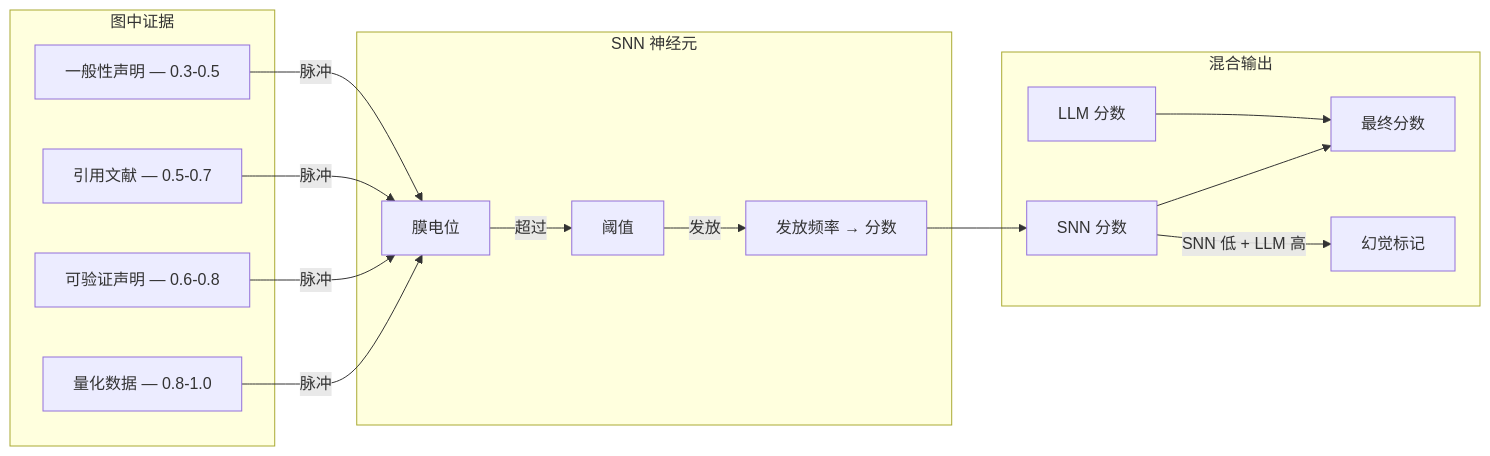
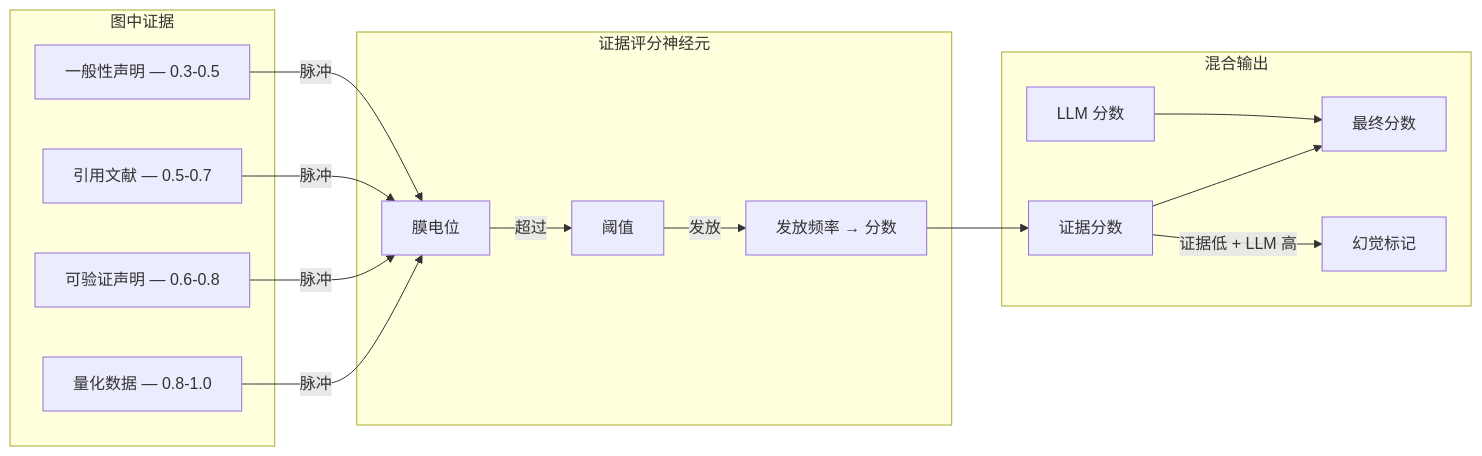
The third of 4 diagrams in README-CN.md (fabio-rovai/brain-in-the-fish), drawn with Mermaid before and after one commit. The commit also changed other lines of this file and 3 other files, not shown here.

````diff
--- a/README-CN.md
+++ b/README-CN.md
@@ -189,28 +191,28 @@
 ```mermaid
 graph LR
     subgraph "图中证据"
         QD[量化数据 — 0.8-1.0]
         VC[可验证声明 — 0.6-0.8]
         CI[引用文献 — 0.5-0.7]
         GC[一般性声明 — 0.3-0.5]
     end
 
-    subgraph "SNN 神经元"
+    subgraph "证据评分神经元"
         MP[膜电位]
         TH[阈值]
         FR[发放频率 → 分数]
     end
 
     subgraph "混合输出"
-        SS[SNN 分数]
+        SS[证据分数]
         LS[LLM 分数]
         FS[最终分数]
         HF[幻觉标记]
     end
 
     QD & VC & CI & GC -->|脉冲| MP
     MP -->|超过| TH -->|发放| FR
     FR --> SS
     SS & LS --> FS
-    SS -->|"SNN 低 + LLM 高"| HF
+    SS -->|"证据低 + LLM 高"| HF
 ```
````
